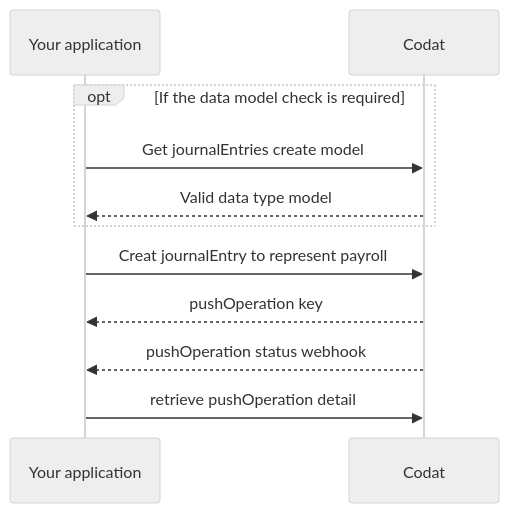
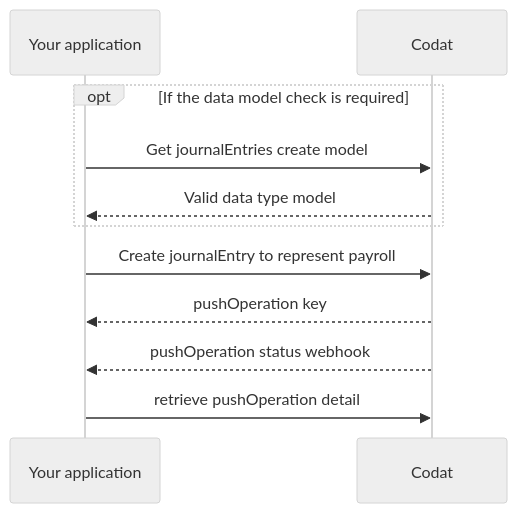
The diagram in docs/payroll/sync-payroll.mdx (codatio/codat-docs), drawn with Mermaid (neutral theme) before and after one commit. The commit also changed 34 other files, not shown here.

````diff
--- a/docs/payroll/sync-payroll.mdx
+++ b/docs/payroll/sync-payroll.mdx
@@ -32,19 +32,19 @@
 ```mermaid
 
 sequenceDiagram
     participant app as Your application
     participant codat as Codat
 
     opt If the data model check is required
         app ->> codat: Get journalEntries create model
         codat -->> app: Valid data type model
     end
 
-    app ->> codat: Creat journalEntry to represent payroll
+    app ->> codat: Create journalEntry to represent payroll
     codat -->> app: pushOperation key
 
     codat -->> app: pushOperation status webhook
 
     app ->> codat: retrieve pushOperation detail
 
 ```
````
